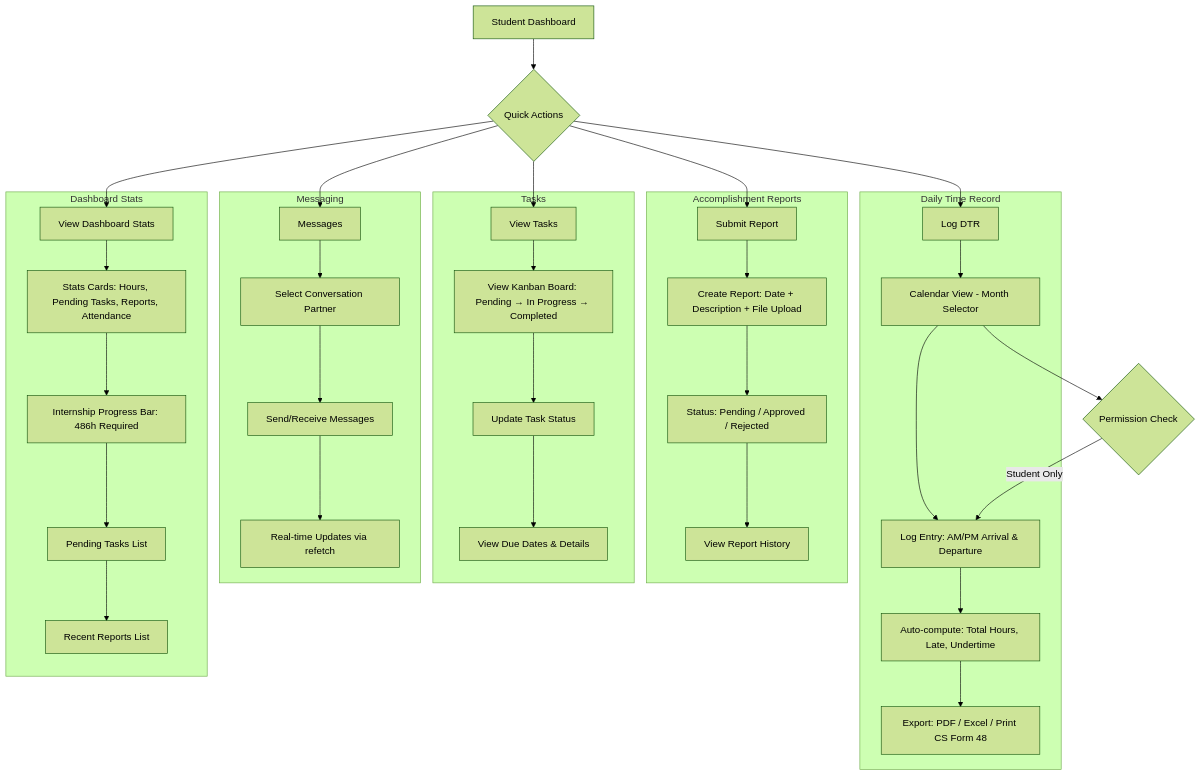
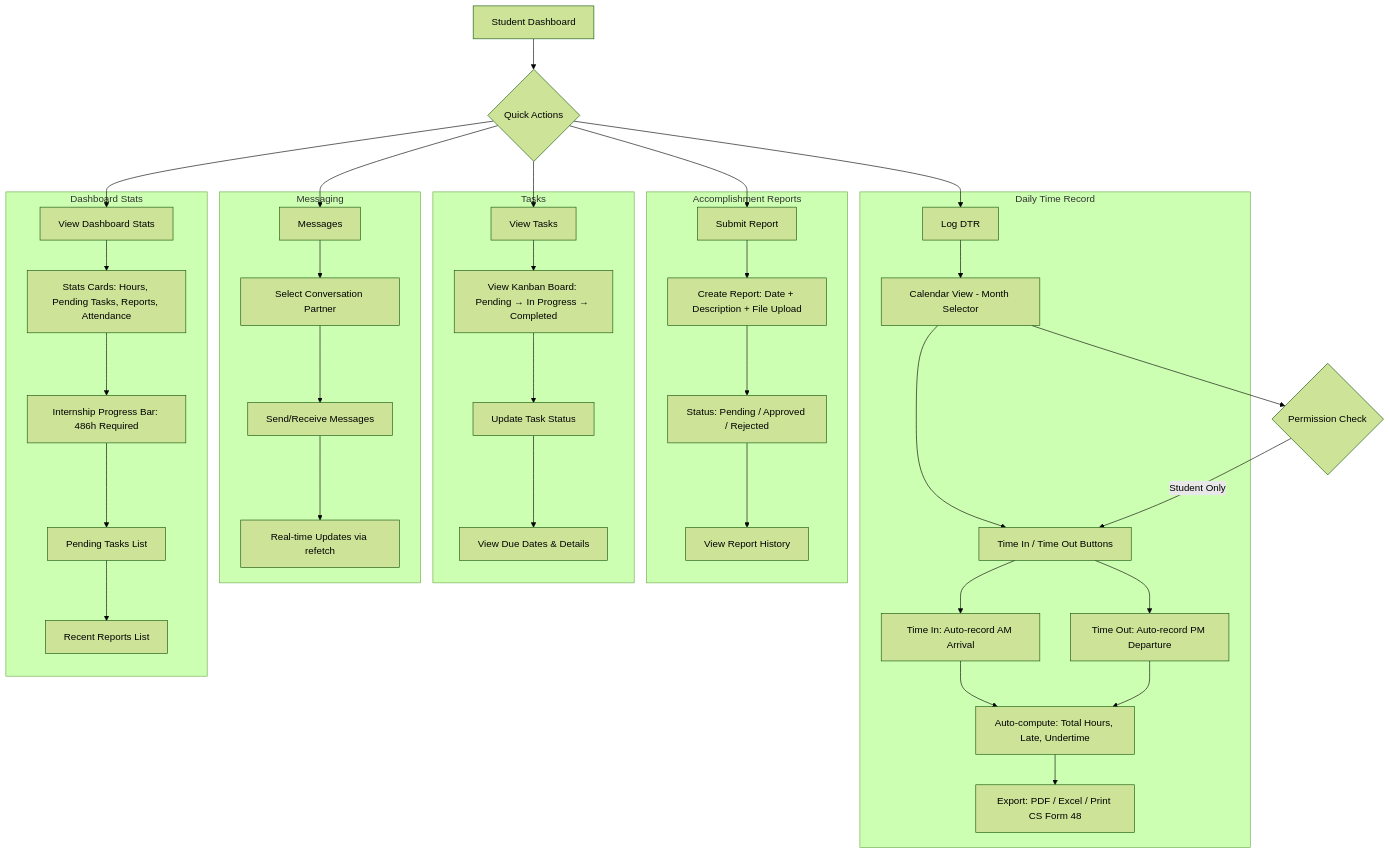
Before and after one commit to beynsthegreat12/bisu-integrated-internship-management-system: the second of 8 diagrams in docs/mobile-app-flow.md, drawn with Mermaid (forest theme). The commit also changed other lines of this file and 2 other files, not shown here.

Commit message:
Add Time In/Time Out feature with auto-record current time

````diff
--- a/docs/mobile-app-flow.md
+++ b/docs/mobile-app-flow.md
@@ -53,45 +53,48 @@
 ```mermaid
 flowchart TD
     A[Student Dashboard] --> B{Quick Actions}
     
     B --> C[Log DTR]
     B --> D[Submit Report]
     B --> E[View Tasks]
     B --> F[Messages]
     B --> G[View Dashboard Stats]
     
     subgraph S1 [Daily Time Record]
         C --> C1[Calendar View - Month Selector]
-        C1 --> C2[Log Entry: AM/PM Arrival & Departure]
-        C2 --> C3[Auto-compute: Total Hours, Late, Undertime]
+        C1 --> C2[Time In / Time Out Buttons]
+        C2 --> C2a[Time In: Auto-record AM Arrival]
+        C2 --> C2b[Time Out: Auto-record PM Departure]
+        C2a --> C3[Auto-compute: Total Hours, Late, Undertime]
+        C2b --> C3
         C3 --> C4[Export: PDF / Excel / Print CS Form 48]
     end
     
     subgraph S2 [Accomplishment Reports]
         D --> D1[Create Report: Date + Description + File Upload]
         D1 --> D2[Status: Pending / Approved / Rejected]
         D2 --> D3[View Report History]
     end
     
     subgraph S3 [Tasks]
         E --> E1[View Kanban Board: Pending → In Progress → Completed]
         E1 --> E2[Update Task Status]
         E2 --> E3[View Due Dates & Details]
     end
     
     subgraph S4 [Messaging]
         F --> F1[Select Conversation Partner]
         F1 --> F2[Send/Receive Messages]
         F2 --> F3[Real-time Updates via refetch]
     end
     
     subgraph S5 [Dashboard Stats]
         G --> G1[Stats Cards: Hours, Pending Tasks, Reports, Attendance]
         G1 --> G2[Internship Progress Bar: 486h Required]
         G2 --> G3[Pending Tasks List]
         G3 --> G4[Recent Reports List]
     end
     
     C1 --> H{Permission Check}
     H -->|Student Only| C2
 ```
````
